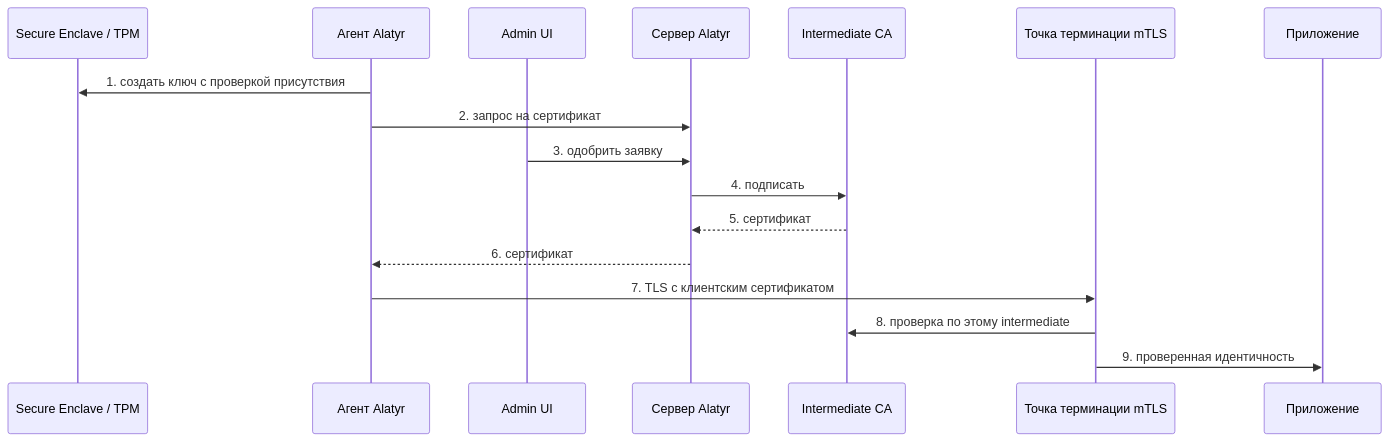
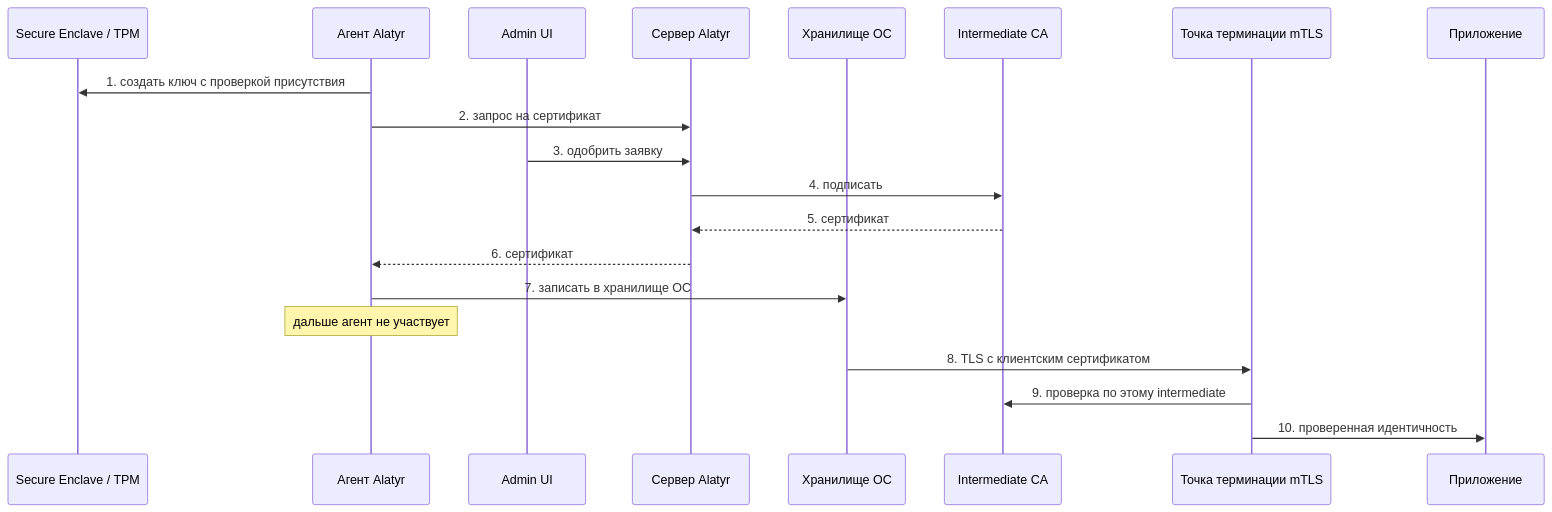
The fourth of 9 diagrams in docs/use-cases.md (s3m4rgl/alatyr-docs), drawn with Mermaid before and after one commit. The commit also changed other lines of this file and 3 other files, not shown here.

First line of the commit message:
fix(схемы): агент убран из пути использования, починены отрисовка и тёмная тема

````diff
--- a/docs/use-cases.md
+++ b/docs/use-cases.md
@@ -189,20 +211,23 @@
 ```mermaid
 sequenceDiagram
     participant HW as Secure Enclave / TPM
     participant Agent as Агент Alatyr
     participant Admin as Admin UI
     participant Server as Сервер Alatyr
+    participant Store as Хранилище ОС
     participant PKI as Intermediate CA
     participant Proxy as Точка терминации mTLS
     participant App as Приложение
 
     Agent->>HW: 1. создать ключ с проверкой присутствия
     Agent->>Server: 2. запрос на сертификат
     Admin->>Server: 3. одобрить заявку
     Server->>PKI: 4. подписать
     PKI-->>Server: 5. сертификат
     Server-->>Agent: 6. сертификат
-    Agent->>Proxy: 7. TLS с клиентским сертификатом
-    Proxy->>PKI: 8. проверка по этому intermediate
-    Proxy->>App: 9. проверенная идентичность
+    Agent->>Store: 7. записать в хранилище ОС
+    Note over Agent: дальше агент не участвует
+    Store->>Proxy: 8. TLS с клиентским сертификатом
+    Proxy->>PKI: 9. проверка по этому intermediate
+    Proxy->>App: 10. проверенная идентичность
 ```
````
